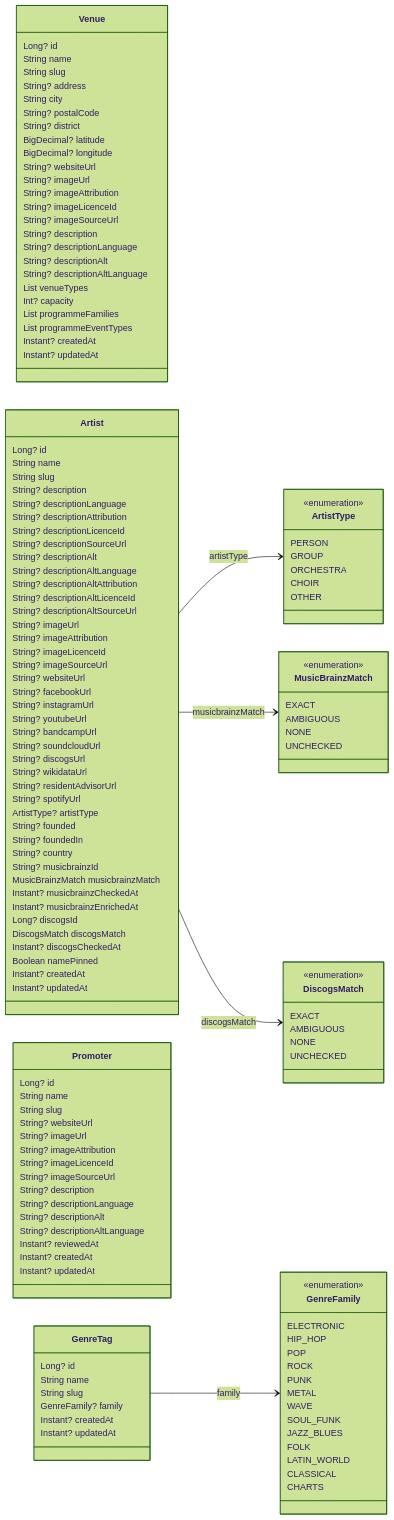
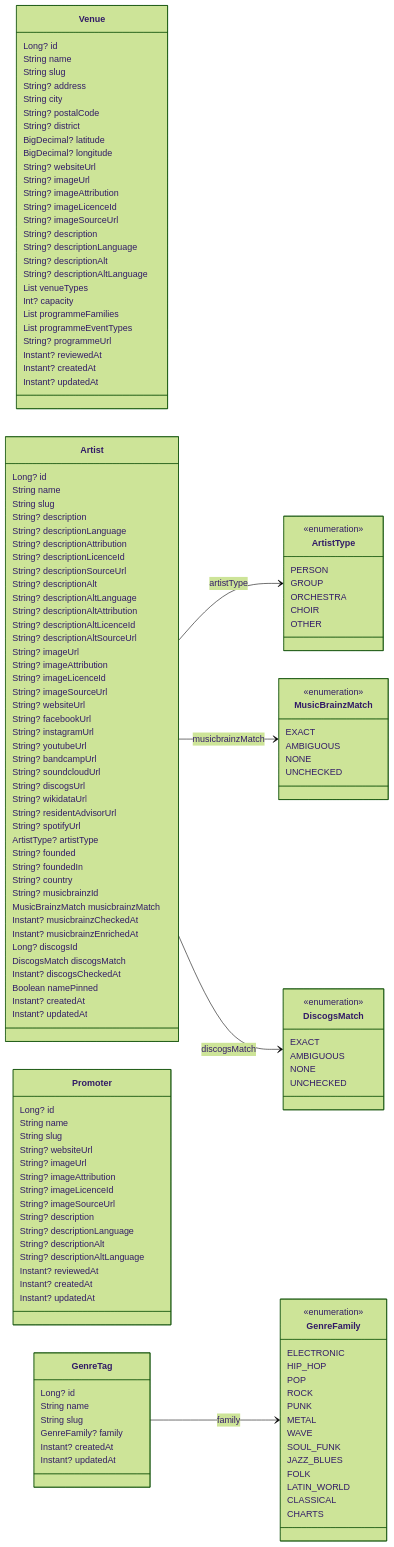
Before and after one commit to enorm-labs/event-junkie: the diagram in docs/DATA_MODEL.md, drawn with Mermaid (forest theme). The commit also changed other lines of this file and 34 other files, not shown here.

```diff
--- a/docs/DATA_MODEL.md
+++ b/docs/DATA_MODEL.md
@@ -49,6 +49,8 @@
         Int? capacity
         List programmeFamilies
         List programmeEventTypes
+        String? programmeUrl
+        Instant? reviewedAt
         Instant? createdAt
         Instant? updatedAt
     }
```
